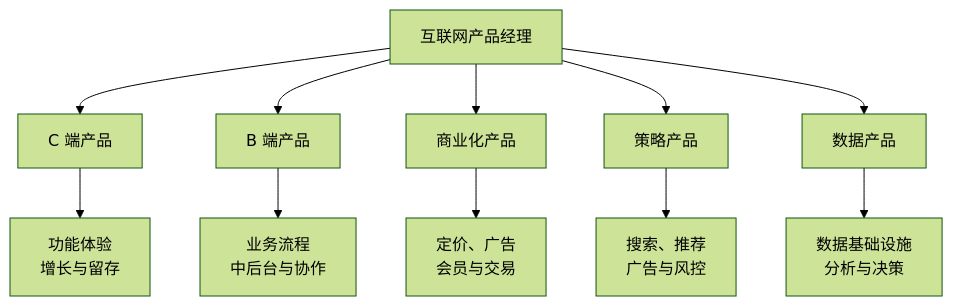
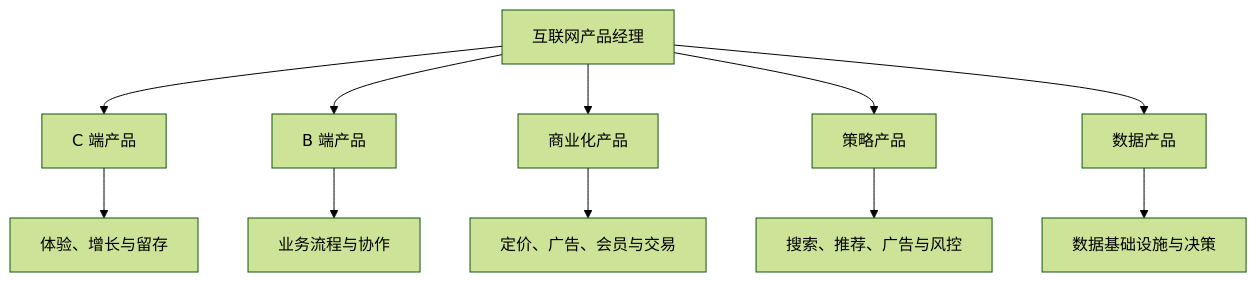
One commit to AI-PM-Wiki/AIPM changed the third of 4 diagrams in docs/intro/product-manager-types.md. Above: the diagram before and after it, drawn with Mermaid (forest theme). The commit also changed other lines of this file and 26 other files, not shown here.

````diff
--- a/docs/intro/product-manager-types.md
+++ b/docs/intro/product-manager-types.md
@@ -79,14 +101,14 @@
 ```mermaid
 flowchart TB
     internet[互联网产品经理]
     internet --> c_pm[C 端产品]
     internet --> b_pm[B 端产品]
     internet --> commercial_pm[商业化产品]
     internet --> strategy_pm[策略产品]
     internet --> data_pm[数据产品]
-    c_pm --> c_goal[功能体验<br/>增长与留存]
-    b_pm --> b_goal[业务流程<br/>中后台与协作]
-    commercial_pm --> commercial_goal[定价、广告<br/>会员与交易]
-    strategy_pm --> strategy_goal[搜索、推荐<br/>广告与风控]
-    data_pm --> data_goal[数据基础设施<br/>分析与决策]
+    c_pm --> c_goal[体验、增长与留存]
+    b_pm --> b_goal[业务流程与协作]
+    commercial_pm --> commercial_goal[定价、广告、会员与交易]
+    strategy_pm --> strategy_goal[搜索、推荐、广告与风控]
+    data_pm --> data_goal[数据基础设施与决策]
 ```
````
